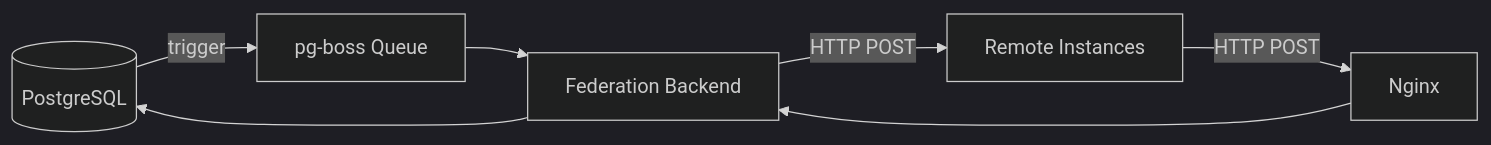
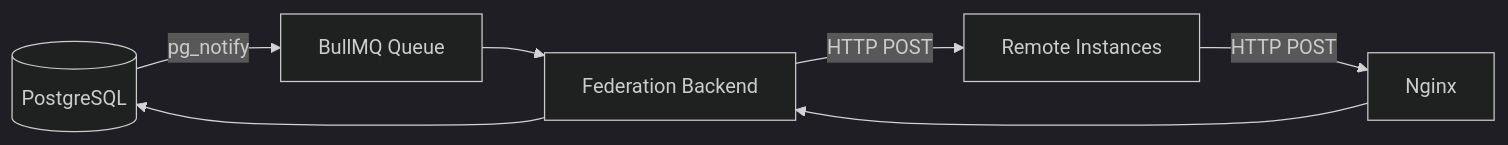
Before and after one commit to y4my4my4m/harmony: the diagram in docs/guide/deployment/federation.md, drawn with Mermaid (dark theme). The commit also changed other lines of this file and 18 other files, not shown here.

First line of the commit message:
Refactor job queue implementation from pg-boss to BullMQ for improved performance and reliability

````diff
--- a/docs/guide/deployment/federation.md
+++ b/docs/guide/deployment/federation.md
@@ -7,9 +7,9 @@
 ```mermaid
 graph LR
-    DB[(PostgreSQL)] -->|trigger| Queue[pg-boss Queue]
+    DB[(PostgreSQL)] -->|pg_notify| Queue[BullMQ Queue]
     Queue --> FedBackend[Federation Backend]
     FedBackend -->|HTTP POST| Remote[Remote Instances]
     Remote -->|HTTP POST| Nginx
     Nginx --> FedBackend
     FedBackend --> DB
 ```
````
